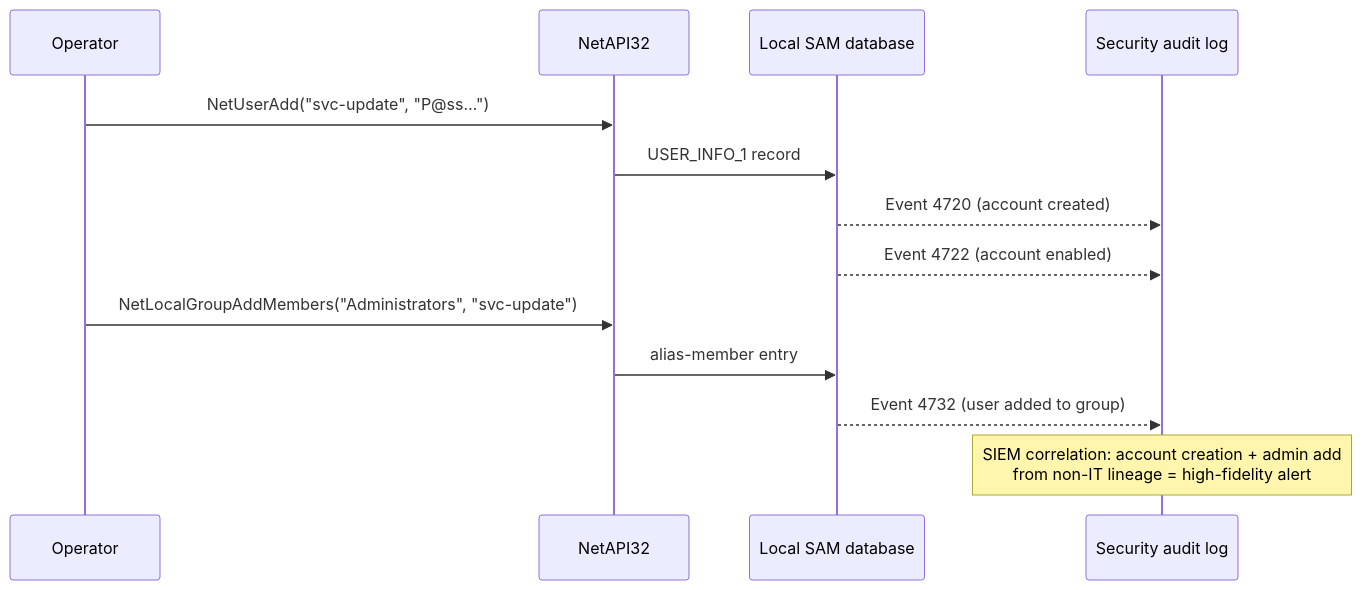
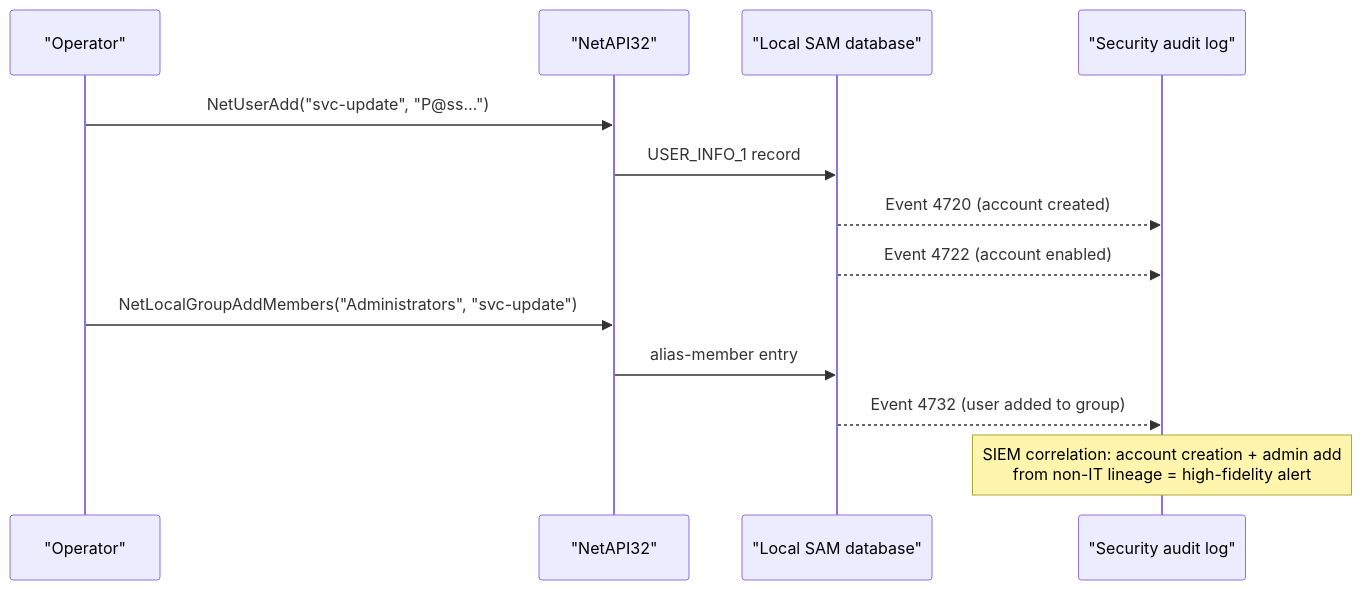
One commit to oioio-space/maldev changed the diagram in docs/techniques/persistence/account.md. Above: the diagram before and after it, drawn with Mermaid. The commit also changed 52 other files, not shown here.

First line of the commit message:
fix(docs): quote multi-word Mermaid participant aliases — 11.2.0 strict-mode sweep

````diff
--- a/docs/techniques/persistence/account.md
+++ b/docs/techniques/persistence/account.md
@@ -36,16 +36,16 @@
 ```mermaid
 sequenceDiagram
-    participant Op as Operator
-    participant API as NetAPI32
-    participant SAM as Local SAM database
-    participant Audit as Security audit log
+    participant Op as "Operator"
+    participant API as "NetAPI32"
+    participant SAM as "Local SAM database"
+    participant Audit as "Security audit log"
 
     Op->>API: NetUserAdd("svc-update", "P@ss…")
     API->>SAM: USER_INFO_1 record
     SAM-->>Audit: Event 4720 (account created)
     SAM-->>Audit: Event 4722 (account enabled)
     Op->>API: NetLocalGroupAddMembers("Administrators", "svc-update")
     API->>SAM: alias-member entry
     SAM-->>Audit: Event 4732 (user added to group)
     Note over Audit: SIEM correlation: account creation + admin add<br>from non-IT lineage = high-fidelity alert
 ```
````
